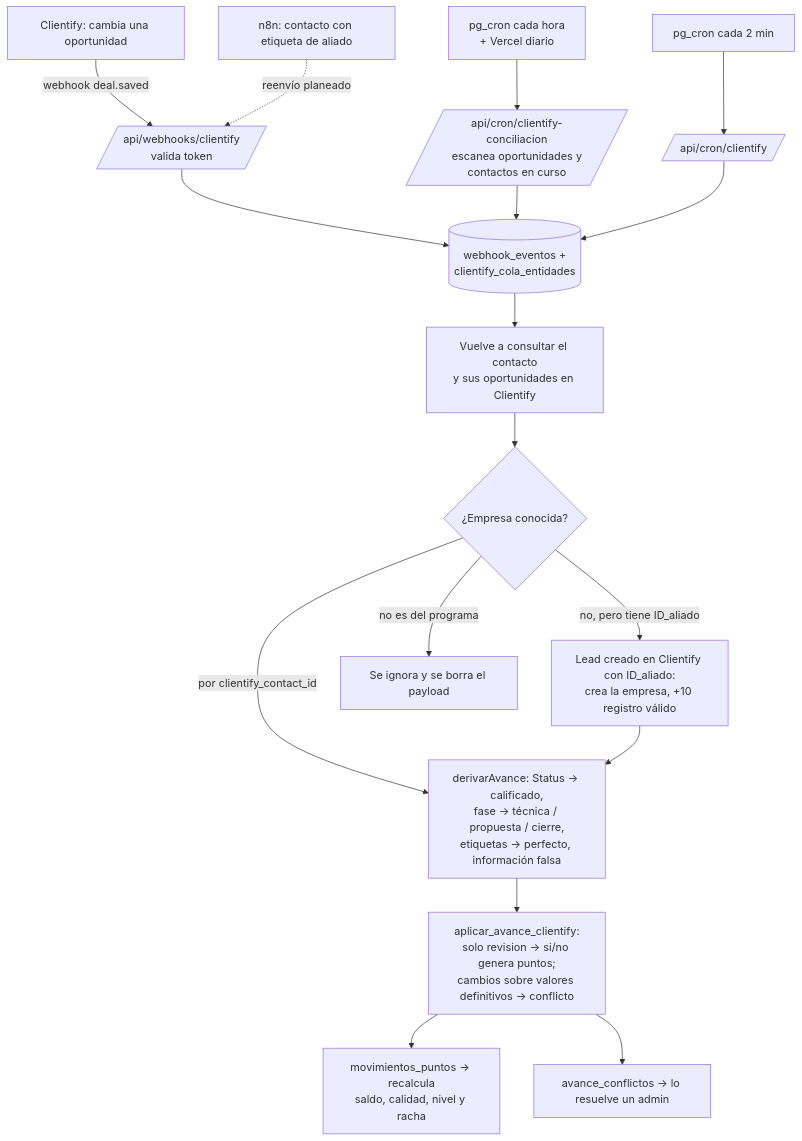
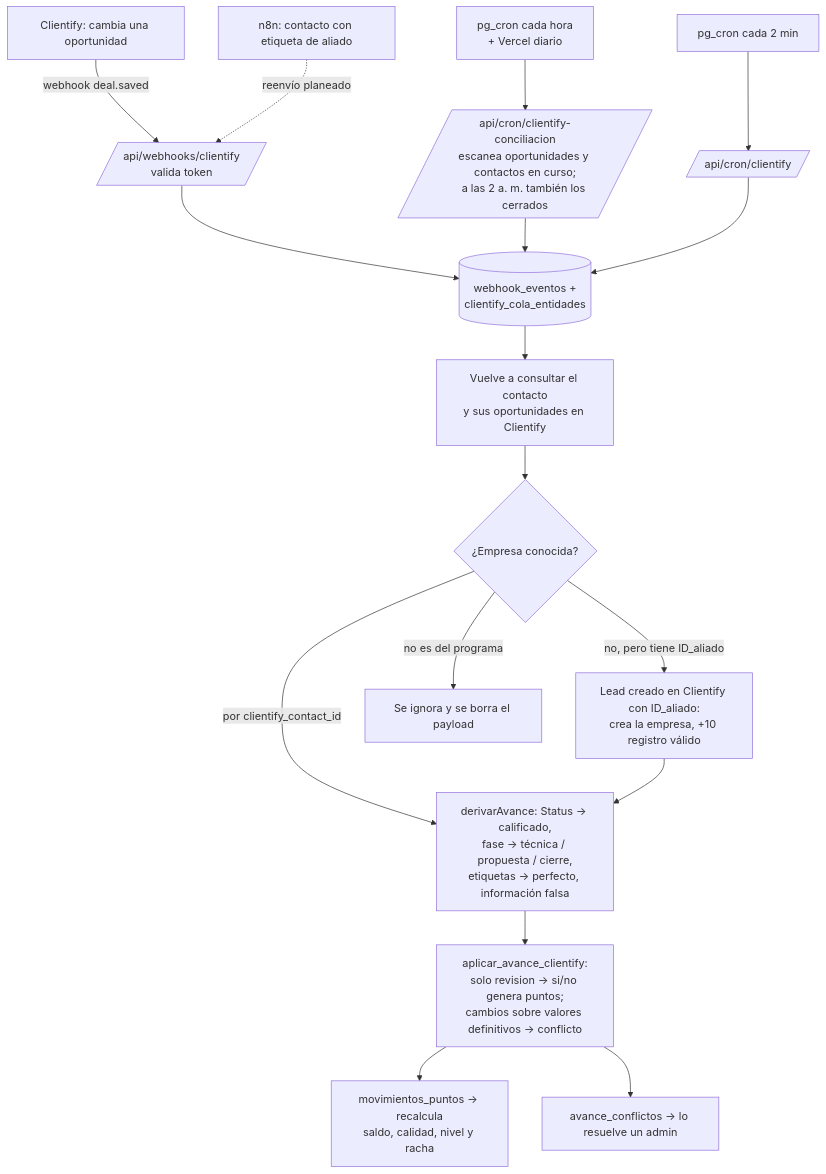
Before and after one commit to jmanurodri04-glitch/Aliados-del-sol-hub: the fifth of 10 diagrams in docs/GUIA_HUB.md, drawn with Mermaid. The commit also changed other lines of this file and 6 other files, not shown here.

First line of the commit message:
Conciliación: una vez al día revisa también los referidos cerrados

````diff
--- a/docs/GUIA_HUB.md
+++ b/docs/GUIA_HUB.md
@@ -322,19 +322,19 @@
 ```mermaid
 flowchart TD
   CL[Clientify: cambia una oportunidad] -->|webhook deal.saved| WH[/api/webhooks/clientify<br/>valida token/]
   N8N[n8n: contacto con etiqueta de aliado] -.->|reenvío planeado| WH
   WH --> Q[(webhook_eventos +<br/>clientify_cola_entidades)]
   CRON[pg_cron cada 2 min] --> P[/api/cron/clientify/]
-  CONC[pg_cron cada hora<br/>+ Vercel diario] --> C2[/api/cron/clientify-conciliacion<br/>escanea oportunidades y<br/>contactos en curso/]
+  CONC[pg_cron cada hora<br/>+ Vercel diario] --> C2[/api/cron/clientify-conciliacion<br/>escanea oportunidades y contactos en curso;<br/>a las 2 a. m. también los cerrados/]
   C2 --> Q
   P --> Q
   Q --> R[Vuelve a consultar el contacto<br/>y sus oportunidades en Clientify]
   R --> E{¿Empresa conocida?}
   E -->|por clientify_contact_id| D[derivarAvance: Status → calificado,<br/>fase → técnica / propuesta / cierre,<br/>etiquetas → perfecto, información falsa]
   E -->|no, pero tiene ID_aliado| L[Lead creado en Clientify con ID_aliado:<br/>crea la empresa, +10 registro válido]
   E -->|no es del programa| X[Se ignora y se borra el payload]
   L --> D
   D --> AV[aplicar_avance_clientify:<br/>solo revision → si/no genera puntos;<br/>cambios sobre valores definitivos → conflicto]
   AV --> M[movimientos_puntos → recalcula<br/>saldo, calidad, nivel y racha]
   AV --> K[avance_conflictos → lo resuelve un admin]
 ```
````
